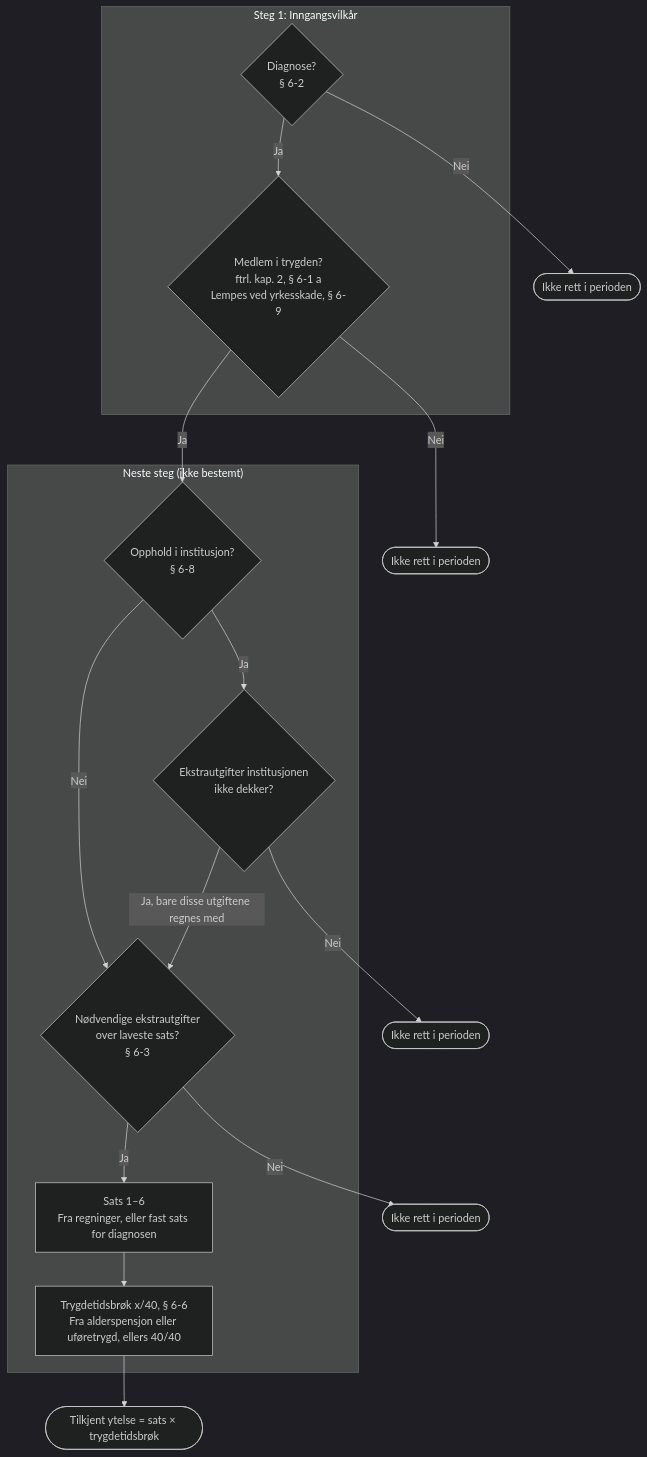
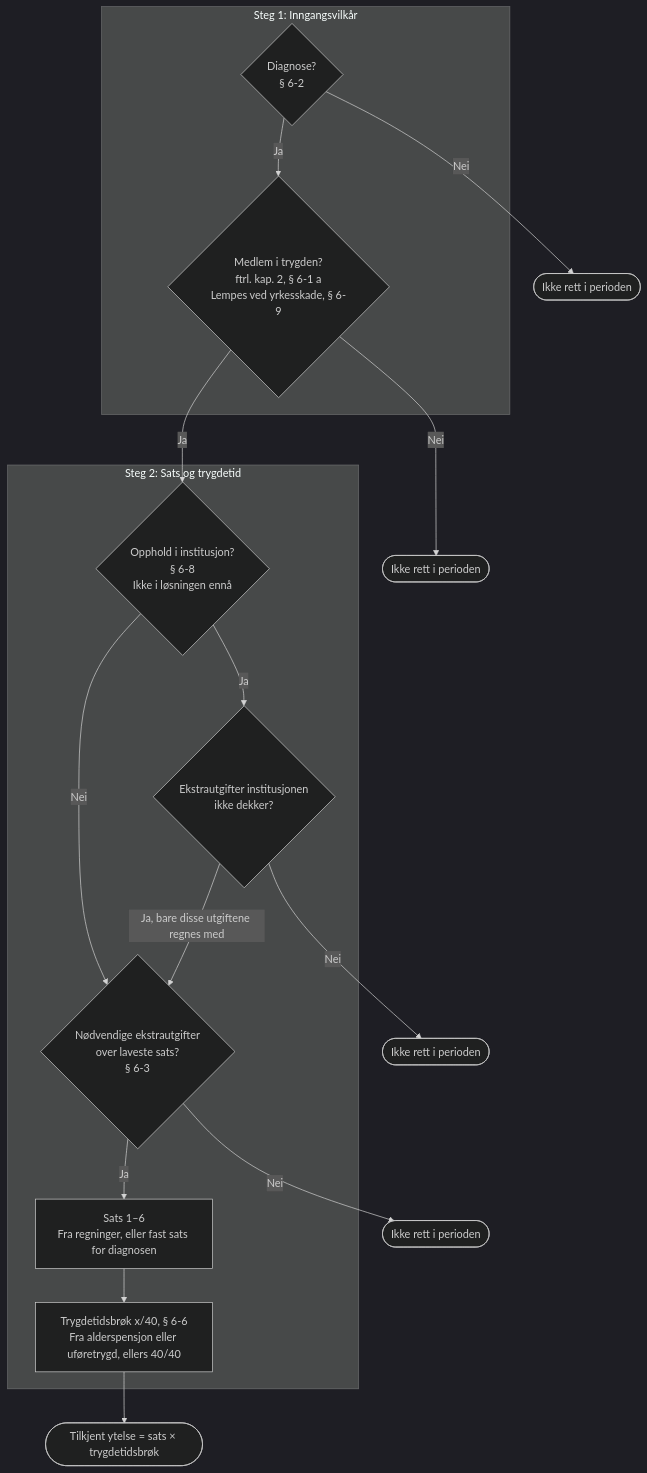
Before and after one commit to navikt/grunn-og-hjelpestonad: the diagram in docs/vilkår/vilkår.md, drawn with Mermaid (dark theme). The commit also changed other lines of this file and 22 other files, not shown here.

````diff
--- a/docs/vilkår/vilkår.md
+++ b/docs/vilkår/vilkår.md
@@ -15,34 +15,34 @@
 ```mermaid
 flowchart TD
     subgraph steg1["Steg 1: Inngangsvilkår"]
         diagnose{"Diagnose?<br/>§ 6-2"}
         medlemskap{"Medlem i trygden?<br/>ftrl. kap. 2, § 6-1 a<br/>Lempes ved yrkesskade, § 6-9"}
     end
 
-    subgraph neste["Neste steg (ikke bestemt)"]
-        institusjon{"Opphold i institusjon?<br/>§ 6-8"}
+    subgraph neste["Steg 2: Sats og trygdetid"]
+        institusjon{"Opphold i institusjon?<br/>§ 6-8<br/>Ikke i løsningen ennå"}
         unntak{"Ekstrautgifter institusjonen<br/>ikke dekker?"}
         ekstrautgifter{"Nødvendige ekstrautgifter<br/>over laveste sats?<br/>§ 6-3"}
         sats["Sats 1–6<br/>Fra regninger, eller fast sats for diagnosen"]
         trygdetid["Trygdetidsbrøk x/40, § 6-6<br/>Fra alderspensjon eller uføretrygd, ellers 40/40"]
     end
 
     tilkjent(["Tilkjent ytelse = sats × trygdetidsbrøk"])
     ikkeRett1(["Ikke rett i perioden"])
     ikkeRett2(["Ikke rett i perioden"])
     ikkeRett3(["Ikke rett i perioden"])
     ikkeRett4(["Ikke rett i perioden"])
 
     diagnose -- Ja --> medlemskap
     diagnose -- Nei --> ikkeRett1
     medlemskap -- Ja --> institusjon
     medlemskap -- Nei --> ikkeRett2
     institusjon -- Nei --> ekstrautgifter
     institusjon -- Ja --> unntak
     unntak -- "Ja, bare disse utgiftene regnes med" --> ekstrautgifter
     unntak -- Nei --> ikkeRett3
     ekstrautgifter -- Ja --> sats
     ekstrautgifter -- Nei --> ikkeRett4
     sats --> trygdetid
     trygdetid --> tilkjent
 ```
````
